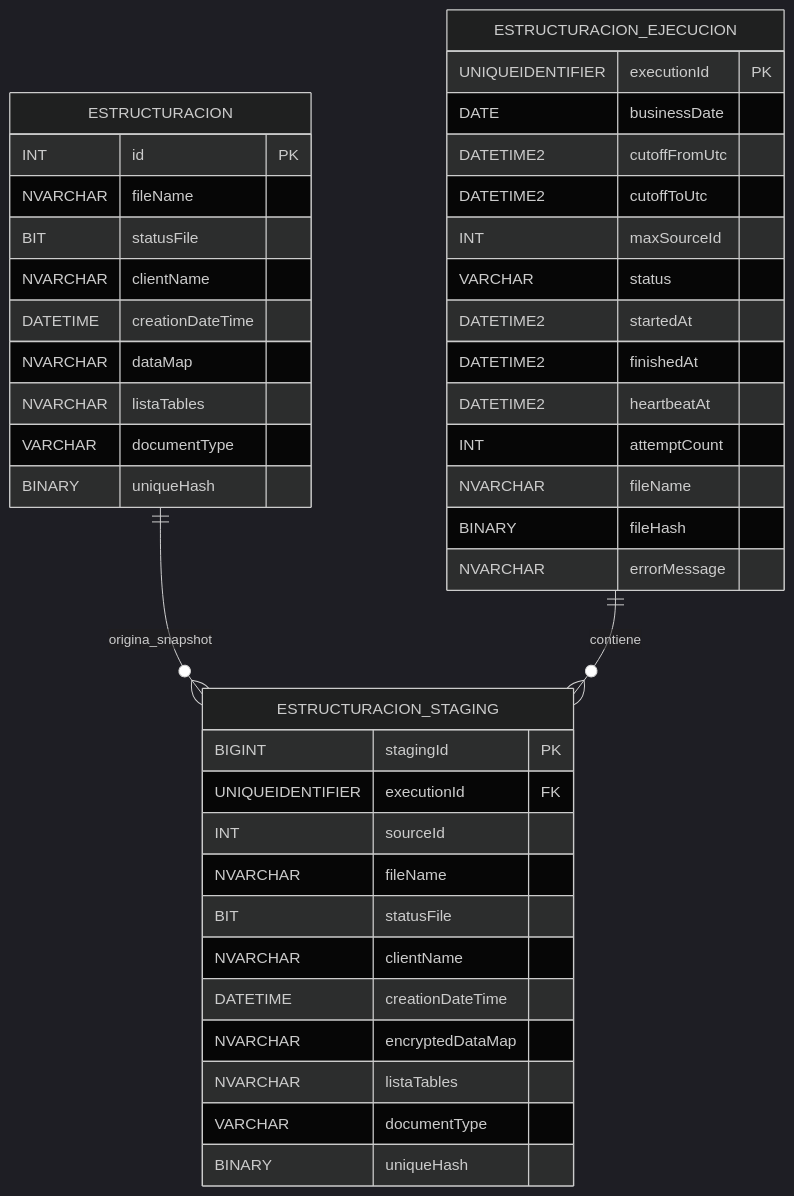
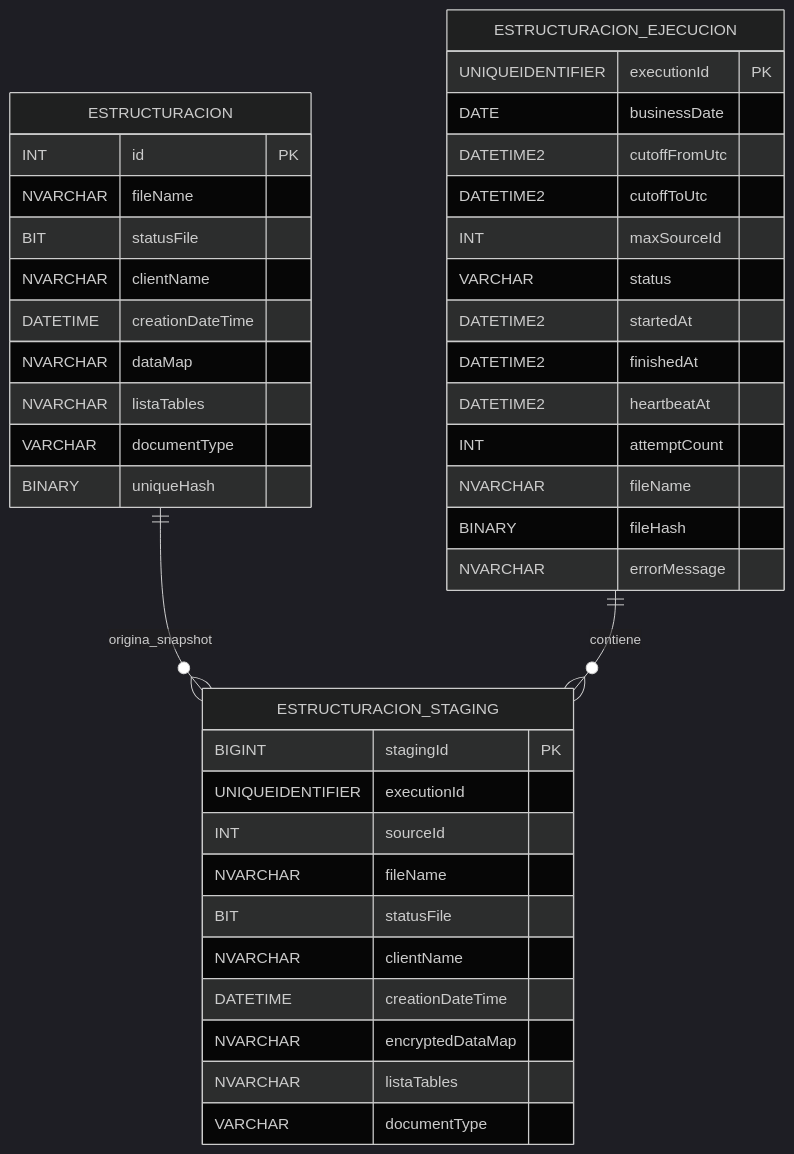
The first of 5 diagrams in arquitectura-generacion-archivo-plano-revisada.md (eme-dev/estructuracion-batch-function), drawn with Mermaid (dark theme) before and after one commit. The commit also changed other lines of this file and 23 other files, not shown here.

````diff
--- a/arquitectura-generacion-archivo-plano-revisada.md
+++ b/arquitectura-generacion-archivo-plano-revisada.md
@@ -384,47 +375,46 @@
 ```mermaid
 erDiagram
     ESTRUCTURACION ||--o{ ESTRUCTURACION_STAGING : origina_snapshot
     ESTRUCTURACION_EJECUCION ||--o{ ESTRUCTURACION_STAGING : contiene
 
     ESTRUCTURACION {
         INT id PK
         NVARCHAR fileName
         BIT statusFile
         NVARCHAR clientName
         DATETIME creationDateTime
         NVARCHAR dataMap
         NVARCHAR listaTables
         VARCHAR documentType
         BINARY uniqueHash
     }
 
     ESTRUCTURACION_EJECUCION {
         UNIQUEIDENTIFIER executionId PK
         DATE businessDate
         DATETIME2 cutoffFromUtc
         DATETIME2 cutoffToUtc
         INT maxSourceId
         VARCHAR status
         DATETIME2 startedAt
         DATETIME2 finishedAt
         DATETIME2 heartbeatAt
         INT attemptCount
         NVARCHAR fileName
         BINARY fileHash
         NVARCHAR errorMessage
     }
 
     ESTRUCTURACION_STAGING {
         BIGINT stagingId PK
-        UNIQUEIDENTIFIER executionId FK
+        UNIQUEIDENTIFIER executionId
         INT sourceId
         NVARCHAR fileName
         BIT statusFile
         NVARCHAR clientName
         DATETIME creationDateTime
         NVARCHAR encryptedDataMap
         NVARCHAR listaTables
         VARCHAR documentType
-        BINARY uniqueHash
     }
 ```
````
